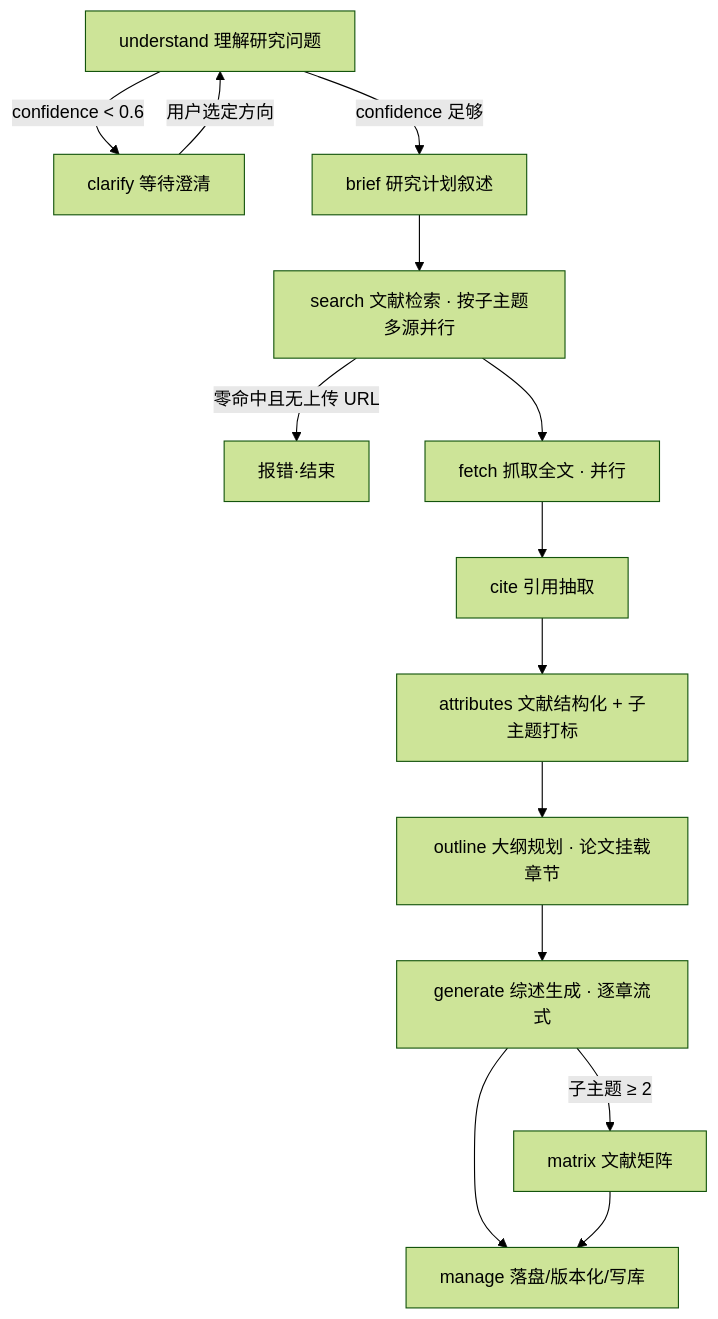
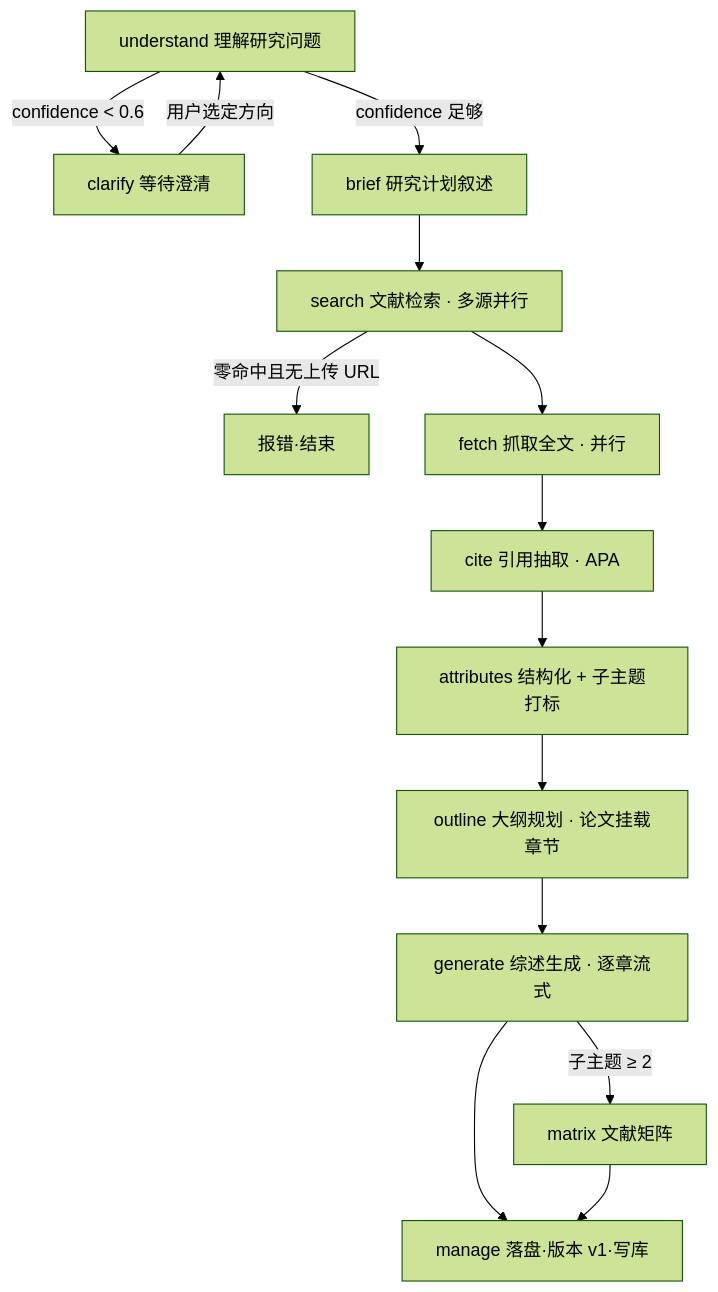
One commit to Grant-Huang/LitPilot changed the first of 2 diagrams in docs/flow-card-logic-and-prompts.md. Above: the diagram before and after it, drawn with Mermaid (forest theme). The commit also changed other lines of this file and 1 other file, not shown here.

First line of the commit message:
docs: simplify flow to 3 intents, regenerate review on append_urls, APA-only

````diff
--- a/docs/flow-card-logic-and-prompts.md
+++ b/docs/flow-card-logic-and-prompts.md
@@ -64,16 +71,16 @@
 ```mermaid
 flowchart TD
   A[understand 理解研究问题] -->|confidence < 0.6| CL[clarify 等待澄清]
   CL -->|用户选定方向| A
   A -->|confidence 足够| B[brief 研究计划叙述]
-  B --> S[search 文献检索 · 按子主题多源并行]
+  B --> S[search 文献检索 · 多源并行]
   S -->|零命中且无上传 URL| ERR[报错·结束]
   S --> F[fetch 抓取全文 · 并行]
-  F --> C[cite 引用抽取]
-  C --> AT[attributes 文献结构化 + 子主题打标]
+  F --> C[cite 引用抽取 · APA]
+  C --> AT[attributes 结构化 + 子主题打标]
   AT --> O[outline 大纲规划 · 论文挂载章节]
   O --> G[generate 综述生成 · 逐章流式]
   G -->|子主题 ≥ 2| M[matrix 文献矩阵]
-  G --> MG[manage 落盘/版本化/写库]
+  G --> MG[manage 落盘·版本 v1·写库]
   M --> MG
 ```
````
